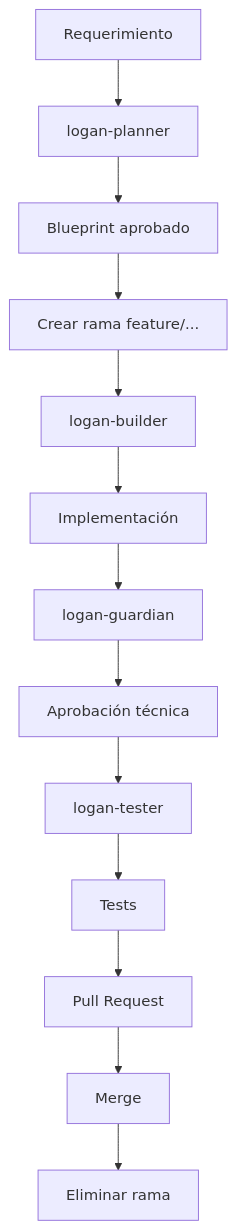
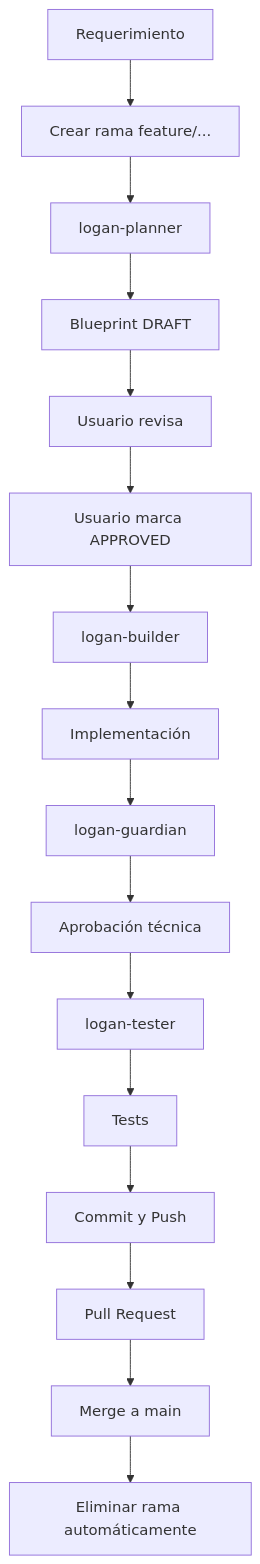
One commit to azaelkaos/repobase changed the diagram in README.md. Above: the diagram before and after it, drawn with Mermaid. The commit also changed other lines of this file, not shown here.

Commit message:
feature: update new readme

````diff
--- a/README.md
+++ b/README.md
@@ -374,16 +406,19 @@
 ```mermaid
 flowchart TD
 
-A[Requerimiento] --> B[logan-planner]
-B --> C[Blueprint aprobado]
-C --> D[Crear rama feature/...]
-D --> E[logan-builder]
-E --> F[Implementación]
-F --> G[logan-guardian]
-G --> H[Aprobación técnica]
-H --> I[logan-tester]
-I --> J[Tests]
-J --> K[Pull Request]
-K --> L[Merge]
-L --> M[Eliminar rama]
+A[Requerimiento] --> B[Crear rama feature/...]
+B --> C[logan-planner]
+C --> D[Blueprint DRAFT]
+D --> E[Usuario revisa]
+E --> F[Usuario marca APPROVED]
+F --> G[logan-builder]
+G --> H[Implementación]
+H --> I[logan-guardian]
+I --> J[Aprobación técnica]
+J --> K[logan-tester]
+K --> L[Tests]
+L --> M[Commit y Push]
+M --> N[Pull Request]
+N --> O[Merge a main]
+O --> P[Eliminar rama automáticamente]
 ```
````
